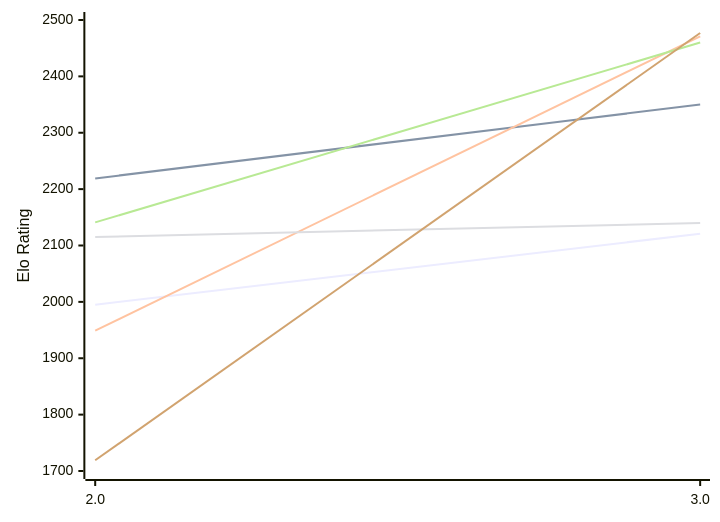
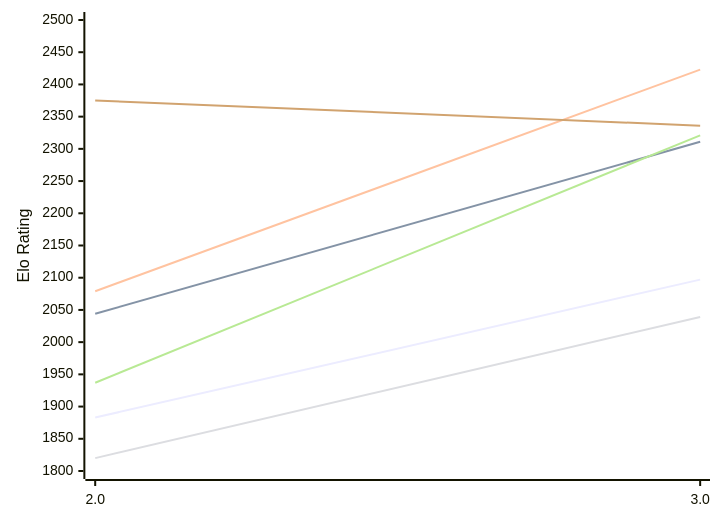
The first of 2 diagrams in engines/Zeno.md (computer-chess-index/cci), drawn with Mermaid before and after one commit. The commit also changed other lines of this file, not shown here.

Commit message:
Update CCI Ratings (ELO VLTC) - 2026-11-13

````diff
--- a/engines/Zeno.md
+++ b/engines/Zeno.md
@@ -50,12 +50,12 @@
 ```mermaid
 %%{init: {"theme":"base","themeVariables":{"seriesColors:['#a3a3a3','#222221','#faa371']}}}%%
 xychart-beta
   x-axis ["2.0", "3.0"]
-  y-axis "Elo Rating" 1700 --> 2500
-  line "E1: STC (8.0+0.08s)" [1995, 2121]
-  line "E1: LTC (60.0+0.60s)" [2219, 2350]
-  line "E1: VLTC (2m24s+1.12s)" [1949, 2471]
-  line "P1: STC (8.0+0.08s)" [2115, 2140]
-  line "P1: LTC (60.0+0.60s)" [2141, 2460]
-  line "P1: VLTC (2m24s+1.12s)" [1719, 2477]
+  y-axis "Elo Rating" 1800 --> 2500
+  line "E1: STC (8.0+0.08s)" [1883, 2097]
+  line "E1: LTC (60.0+0.60s)" [2044, 2311]
+  line "E1: VLTC (2m24s+1.12s)" [2079, 2423]
+  line "P1: STC (8.0+0.08s)" [1820, 2039]
+  line "P1: LTC (60.0+0.60s)" [1937, 2321]
+  line "P1: VLTC (2m24s+1.12s)" [2375, 2336]
 ```
````
